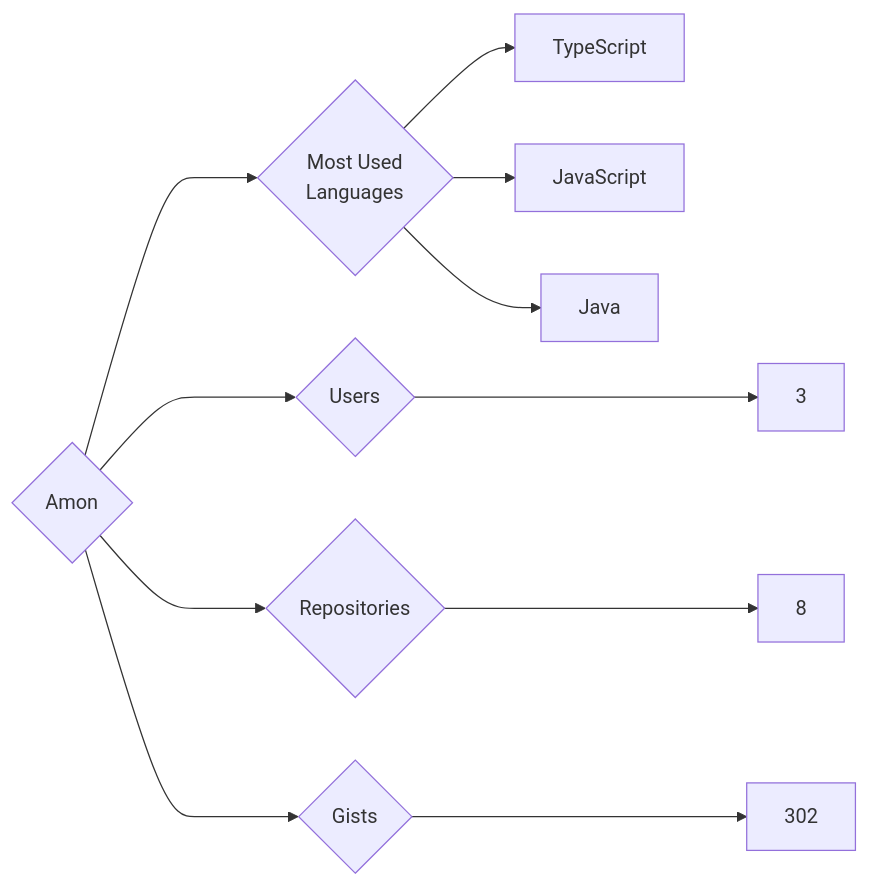
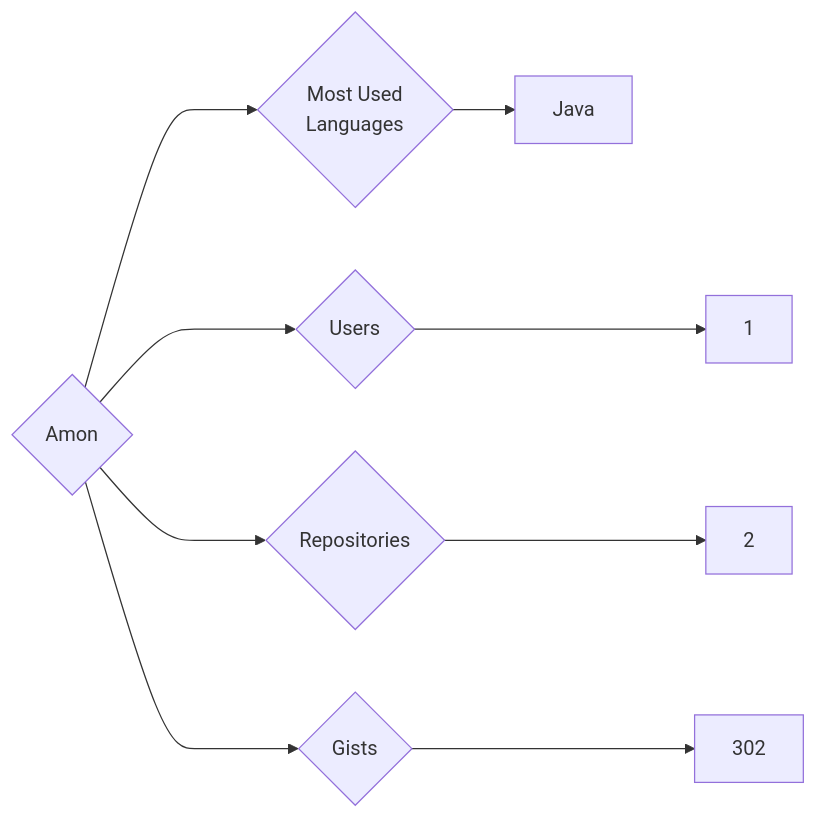
The diagram in targets/Amon/README.md (trickest/insiders), drawn with Mermaid before and after one commit. The commit also changed 1023 other files, not shown here.

````diff
--- a/targets/Amon/README.md
+++ b/targets/Amon/README.md
@@ -3,11 +3,9 @@
 ```mermaid
 graph LR
 COMPANY_NAME{Amon}
-COMPANY_NAME ---> U{Users} ---> UN[3]
-COMPANY_NAME ---> R{Repositories} ---> RN[8]
+COMPANY_NAME ---> U{Users} ---> UN[1]
+COMPANY_NAME ---> R{Repositories} ---> RN[2]
 COMPANY_NAME ---> G{Gists} ---> GN[302]
 COMPANY_NAME ---> ML{Most Used<br>Languages}
-ML --> TypeScript[TypeScript]
-ML --> JavaScript[JavaScript]
 ML --> Java[Java]
 ```
````
